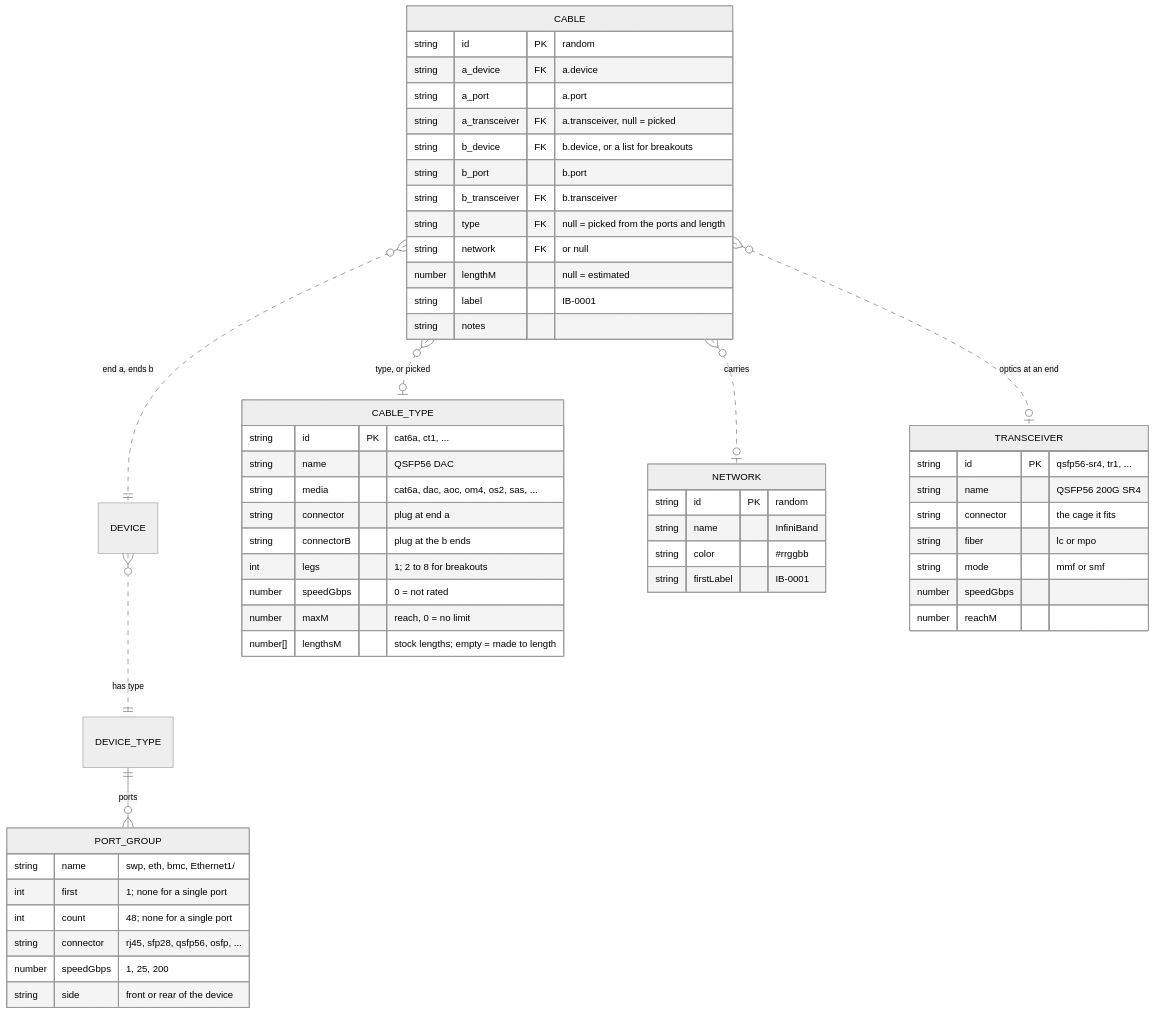
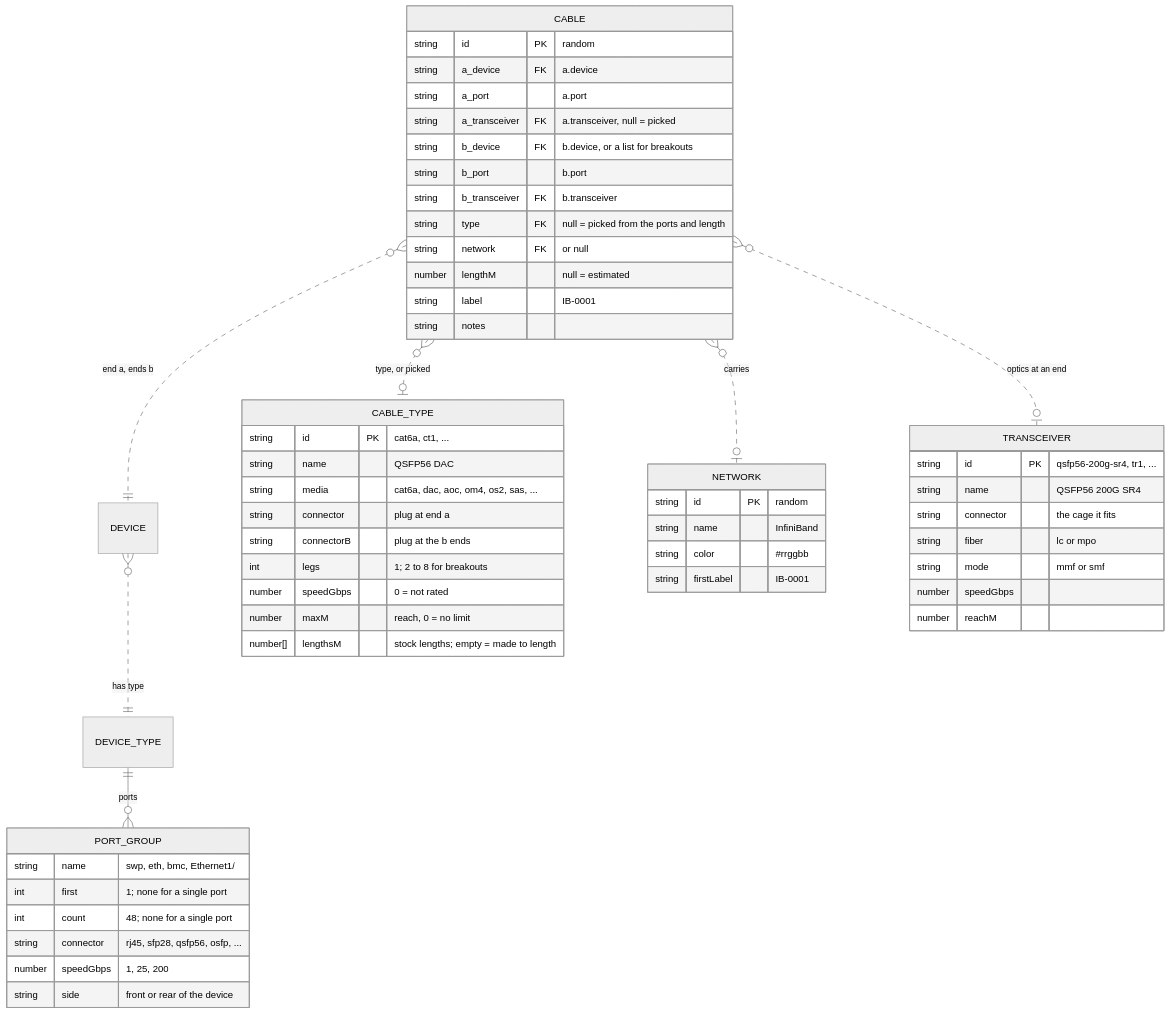
Before and after one commit to dennisklein/rackplanner: the diagram in docs/cabling/README.md, drawn with Mermaid (neutral theme). The commit also changed other lines of this file and 30 other files, not shown here.

````diff
--- a/docs/cabling/README.md
+++ b/docs/cabling/README.md
@@ -31,58 +33,58 @@
 ```mermaid
 erDiagram
     DEVICE_TYPE ||--o{ PORT_GROUP : "ports"
     DEVICE }o..|| DEVICE_TYPE : "has type"
     CABLE }o..|| DEVICE : "end a, ends b"
     CABLE }o..o| CABLE_TYPE : "type, or picked"
     CABLE }o..o| NETWORK : "carries"
     CABLE }o..o| TRANSCEIVER : "optics at an end"
 
     PORT_GROUP {
         string name "swp, eth, bmc, Ethernet1/"
         int first "1; none for a single port"
         int count "48; none for a single port"
         string connector "rj45, sfp28, qsfp56, osfp, ..."
         number speedGbps "1, 25, 200"
         string side "front or rear of the device"
     }
     CABLE {
         string id PK "random"
         string a_device FK "a.device"
         string a_port "a.port"
         string a_transceiver FK "a.transceiver, null = picked"
         string b_device FK "b.device, or a list for breakouts"
         string b_port "b.port"
         string b_transceiver FK "b.transceiver"
         string type FK "null = picked from the ports and length"
         string network FK "or null"
         number lengthM "null = estimated"
         string label "IB-0001"
         string notes
     }
     CABLE_TYPE {
         string id PK "cat6a, ct1, ..."
         string name "QSFP56 DAC"
         string media "cat6a, dac, aoc, om4, os2, sas, ..."
         string connector "plug at end a"
         string connectorB "plug at the b ends"
         int legs "1; 2 to 8 for breakouts"
         number speedGbps "0 = not rated"
         number maxM "reach, 0 = no limit"
         number[] lengthsM "stock lengths; empty = made to length"
     }
     TRANSCEIVER {
-        string id PK "qsfp56-sr4, tr1, ..."
+        string id PK "qsfp56-200g-sr4, tr1, ..."
         string name "QSFP56 200G SR4"
         string connector "the cage it fits"
         string fiber "lc or mpo"
         string mode "mmf or smf"
         number speedGbps
         number reachM
     }
     NETWORK {
         string id PK "random"
         string name "InfiniBand"
         string color "#rrggbb"
         string firstLabel "IB-0001"
     }
 ```
````
